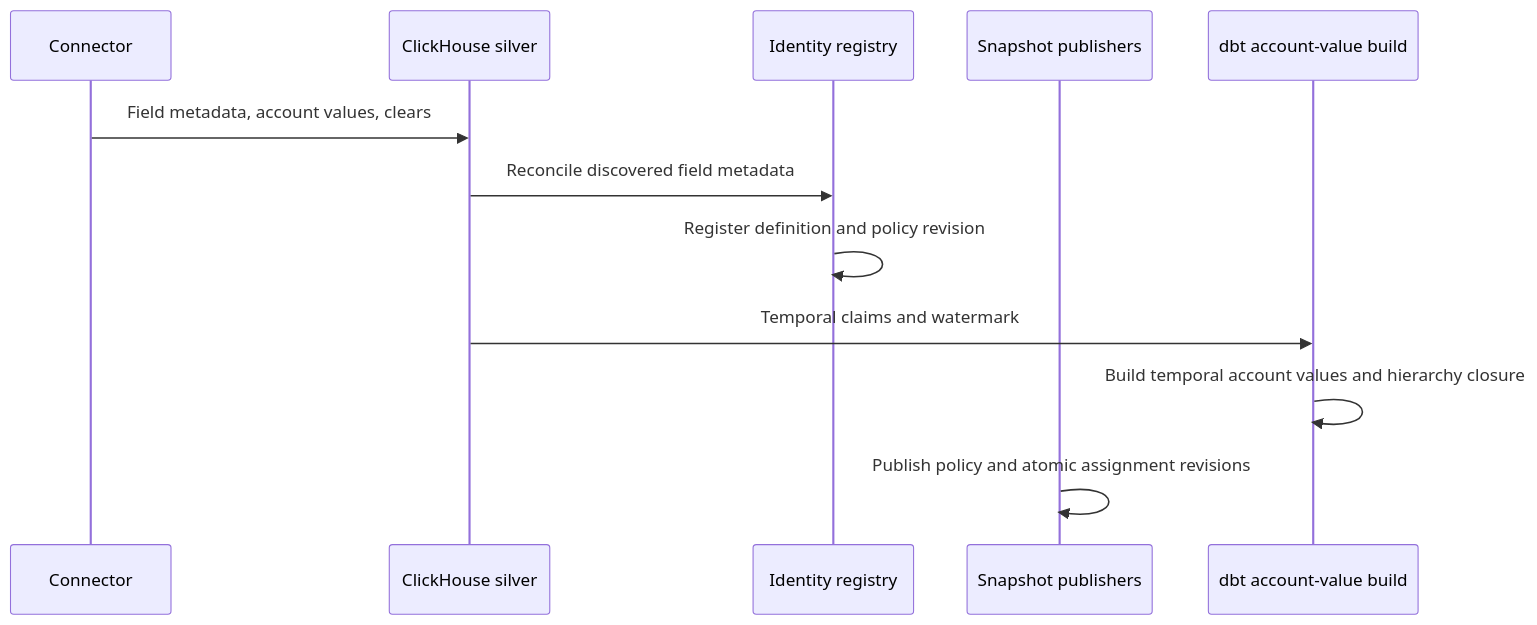
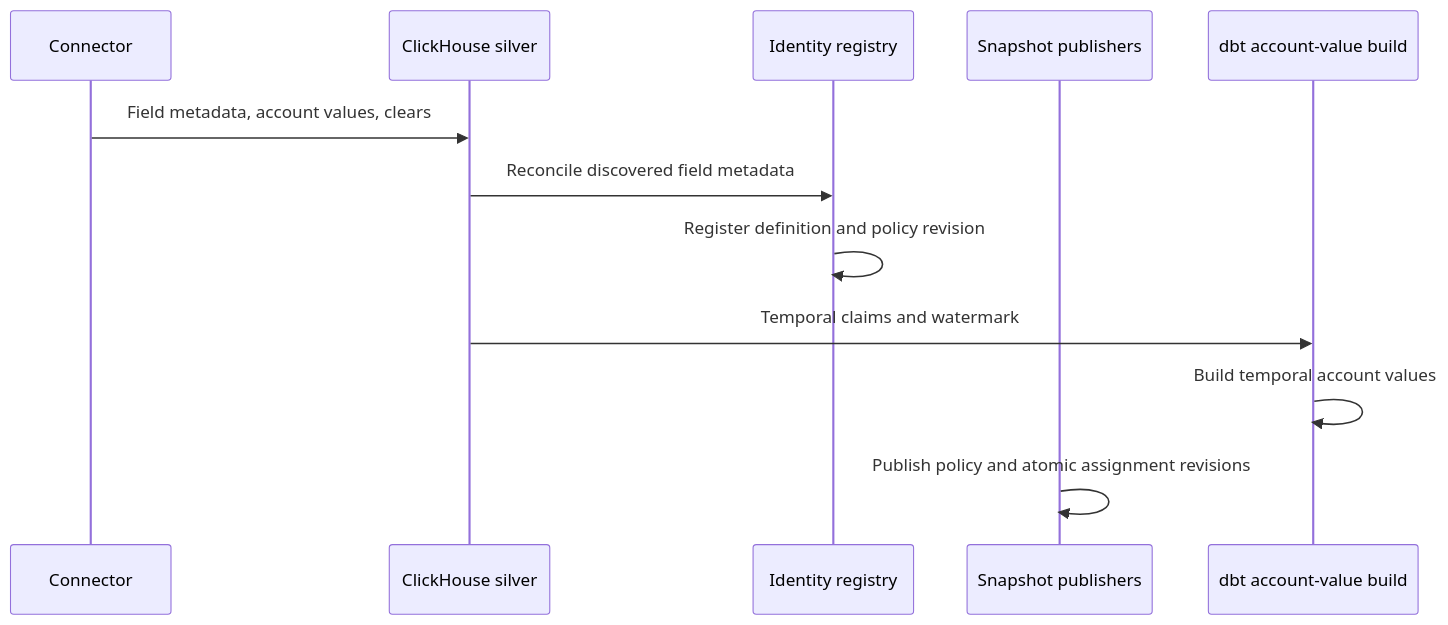
One commit to aleksdotbar/insight changed the third of 5 diagrams in docs/domain/person-attributes/specs/DESIGN.md. Above: the diagram before and after it, drawn with Mermaid. The commit also changed other lines of this file and 2 other files, not shown here.

````diff
--- a/docs/domain/person-attributes/specs/DESIGN.md
+++ b/docs/domain/person-attributes/specs/DESIGN.md
@@ -604,15 +636,15 @@
 ```mermaid
 sequenceDiagram
     participant C as Connector
     participant S as ClickHouse silver
     participant I as Identity registry
     participant P as Snapshot publishers
     participant D as dbt account-value build
 
     C->>S: Field metadata, account values, clears
     S->>I: Reconcile discovered field metadata
     I->>I: Register definition and policy revision
     S->>D: Temporal claims and watermark
-    D->>D: Build temporal account values and hierarchy closure
+    D->>D: Build temporal account values
     P->>P: Publish policy and atomic assignment revisions
 ```
````
